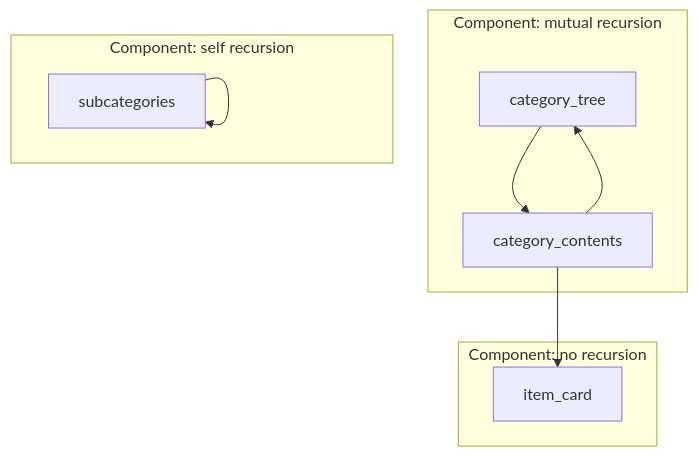
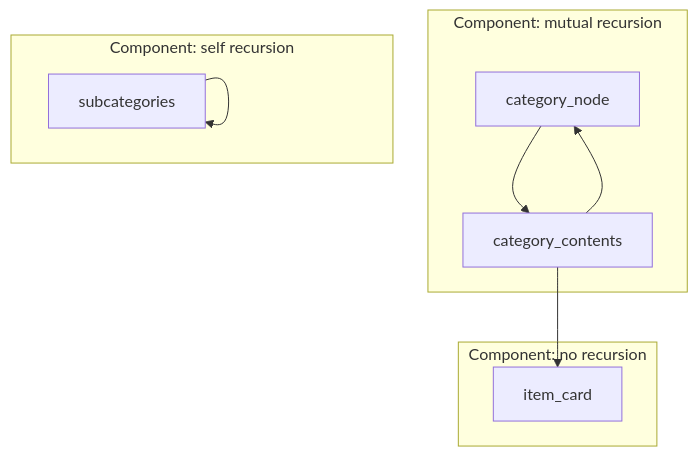
Before and after one commit to haruspex-tools/haruspex: the diagram in docs/internals/07-summaries-and-recursion.md, drawn with Mermaid. The commit also changed other lines of this file and 13 other files, not shown here.

First line of the commit message:
Review round 1: least is not exact, the bound is the widening, soundiness answered; names checked strictly and in diagrams

````diff
--- a/docs/internals/07-summaries-and-recursion.md
+++ b/docs/internals/07-summaries-and-recursion.md
@@ -63,14 +63,14 @@
 ```mermaid
 flowchart TB
     subgraph c1["Component: mutual recursion"]
-        tree["category_tree"] --> contents["category_contents"]
+        tree["category_node"] --> contents["category_contents"]
         contents --> tree
     end
     subgraph c2["Component: self recursion"]
         sub["subcategories"] --> sub
     end
     subgraph c3["Component: no recursion"]
         card["item_card"]
     end
     contents --> card
 ```
````
